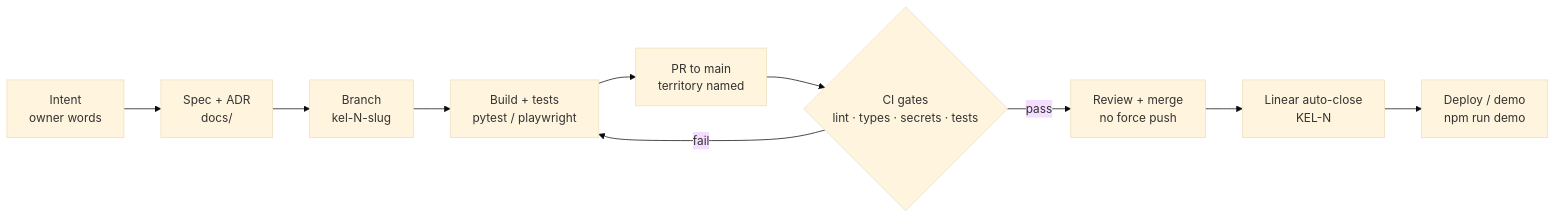
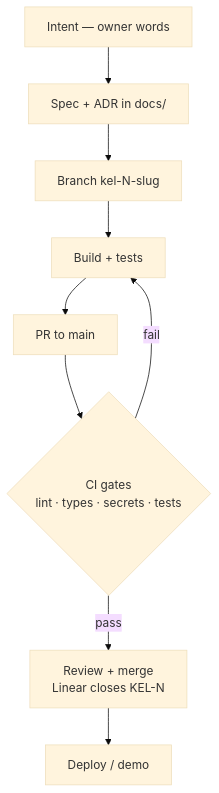
One commit to Anshieee/kelp changed the second of 3 diagrams in docs/SDLC_MINDMAP.md. Above: the diagram before and after it, drawn with Mermaid (base theme). The commit also changed 2 other files, not shown here.

Commit message:
docs: compact SDLC flow and ignore local Netlify state
- change-flow renders as a legible vertical pipeline
- tracker page: HTML stepper for delivery flow, themed mindmap
- gitignore .netlify/

````diff
--- a/docs/SDLC_MINDMAP.md
+++ b/docs/SDLC_MINDMAP.md
@@ -58,12 +58,11 @@
 ```mermaid
-flowchart LR
-  A["Intent<br/>owner words"] --> B["Spec + ADR<br/>docs/"]
-  B --> C["Branch<br/>kel-N-slug"]
-  C --> D["Build + tests<br/>pytest / playwright"]
-  D --> E["PR to main<br/>territory named"]
+flowchart TD
+  A["Intent — owner words"] --> B["Spec + ADR in docs/"]
+  B --> C["Branch kel-N-slug"]
+  C --> D["Build + tests"]
+  D --> E["PR to main"]
   E --> F{"CI gates<br/>lint · types · secrets · tests"}
   F -- fail --> D
-  F -- pass --> G["Review + merge<br/>no force push"]
-  G --> H["Linear auto-close<br/>KEL-N"]
-  H --> I["Deploy / demo<br/>npm run demo"]
+  F -- pass --> G["Review + merge<br/>Linear closes KEL-N"]
+  G --> H["Deploy / demo"]
 ```
````
